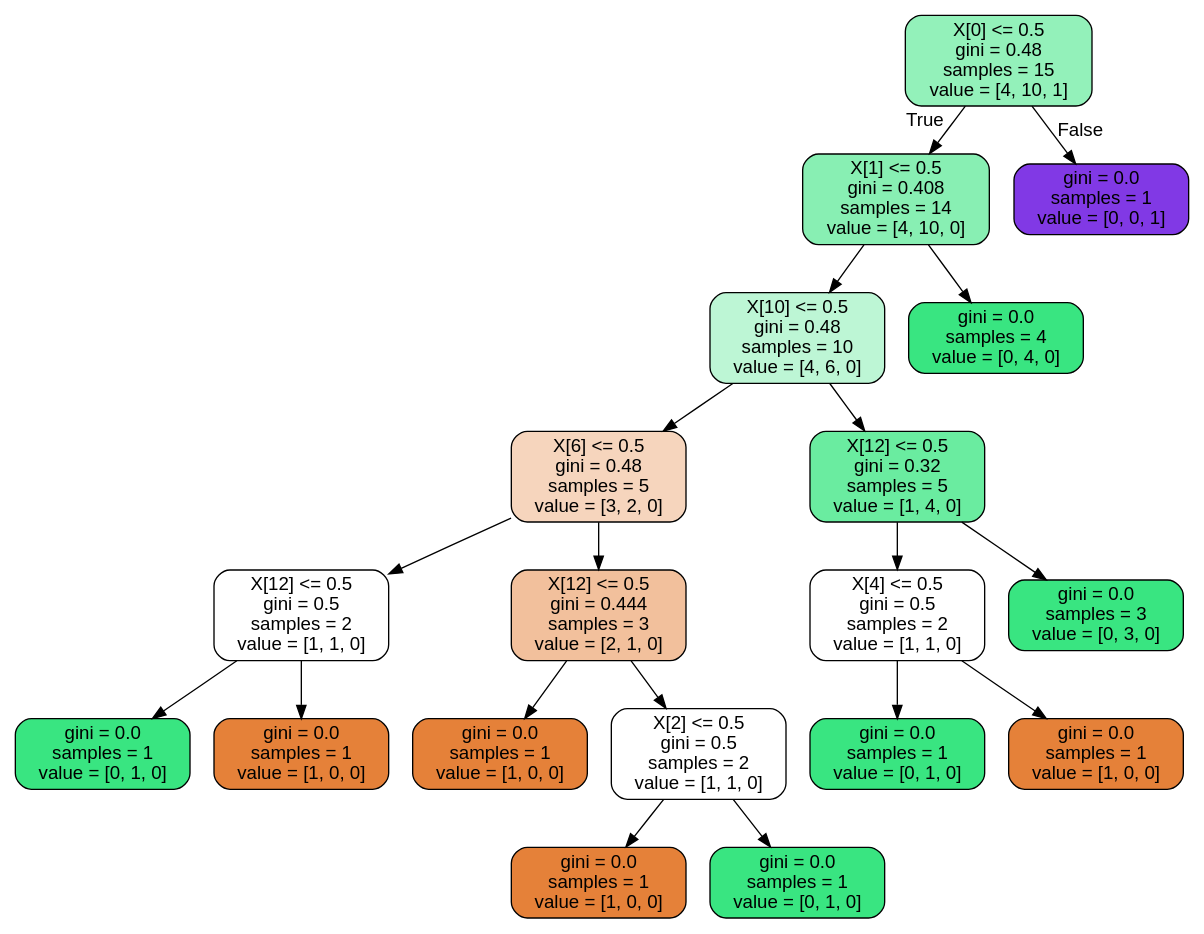
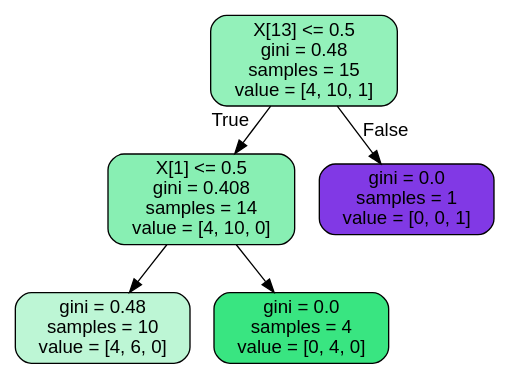
One commit to CompPhysics/MachineLearning changed the diagram in doc/pub/week44/ipynb/Datafiles/ride.dot. Above: the diagram before and after it, drawn with Graphviz. The commit also changed 74 other files, not shown here.

```diff
--- a/doc/pub/week44/ipynb/Datafiles/ride.dot
+++ b/doc/pub/week44/ipynb/Datafiles/ride.dot
@@ -1,41 +1,13 @@
 digraph Tree {
 node [shape=box, style="filled, rounded", color="black", fontname="helvetica"] ;
 edge [fontname="helvetica"] ;
-0 [label="X[0] <= 0.5\ngini = 0.48\nsamples = 15\nvalue = [4, 10, 1]", fillcolor="#93f1ba"] ;
+0 [label="X[13] <= 0.5\ngini = 0.48\nsamples = 15\nvalue = [4, 10, 1]", fillcolor="#93f1ba"] ;
 1 [label="X[1] <= 0.5\ngini = 0.408\nsamples = 14\nvalue = [4, 10, 0]", fillcolor="#88efb3"] ;
 0 -> 1 [labeldistance=2.5, labelangle=45, headlabel="True"] ;
-2 [label="X[10] <= 0.5\ngini = 0.48\nsamples = 10\nvalue = [4, 6, 0]", fillcolor="#bdf6d5"] ;
+2 [label="gini = 0.48\nsamples = 10\nvalue = [4, 6, 0]", fillcolor="#bdf6d5"] ;
 1 -> 2 ;
-3 [label="X[6] <= 0.5\ngini = 0.48\nsamples = 5\nvalue = [3, 2, 0]", fillcolor="#f6d5bd"] ;
-2 -> 3 ;
-4 [label="X[12] <= 0.5\ngini = 0.5\nsamples = 2\nvalue = [1, 1, 0]", fillcolor="#ffffff"] ;
-3 -> 4 ;
-5 [label="gini = 0.0\nsamples = 1\nvalue = [0, 1, 0]", fillcolor="#39e581"] ;
-4 -> 5 ;
-6 [label="gini = 0.0\nsamples = 1\nvalue = [1, 0, 0]", fillcolor="#e58139"] ;
-4 -> 6 ;
-7 [label="X[12] <= 0.5\ngini = 0.444\nsamples = 3\nvalue = [2, 1, 0]", fillcolor="#f2c09c"] ;
-3 -> 7 ;
-8 [label="gini = 0.0\nsamples = 1\nvalue = [1, 0, 0]", fillcolor="#e58139"] ;
-7 -> 8 ;
-9 [label="X[2] <= 0.5\ngini = 0.5\nsamples = 2\nvalue = [1, 1, 0]", fillcolor="#ffffff"] ;
-7 -> 9 ;
-10 [label="gini = 0.0\nsamples = 1\nvalue = [1, 0, 0]", fillcolor="#e58139"] ;
-9 -> 10 ;
-11 [label="gini = 0.0\nsamples = 1\nvalue = [0, 1, 0]", fillcolor="#39e581"] ;
-9 -> 11 ;
-12 [label="X[12] <= 0.5\ngini = 0.32\nsamples = 5\nvalue = [1, 4, 0]", fillcolor="#6aeca0"] ;
-2 -> 12 ;
-13 [label="X[4] <= 0.5\ngini = 0.5\nsamples = 2\nvalue = [1, 1, 0]", fillcolor="#ffffff"] ;
-12 -> 13 ;
-14 [label="gini = 0.0\nsamples = 1\nvalue = [0, 1, 0]", fillcolor="#39e581"] ;
-13 -> 14 ;
-15 [label="gini = 0.0\nsamples = 1\nvalue = [1, 0, 0]", fillcolor="#e58139"] ;
-13 -> 15 ;
-16 [label="gini = 0.0\nsamples = 3\nvalue = [0, 3, 0]", fillcolor="#39e581"] ;
-12 -> 16 ;
-17 [label="gini = 0.0\nsamples = 4\nvalue = [0, 4, 0]", fillcolor="#39e581"] ;
-1 -> 17 ;
-18 [label="gini = 0.0\nsamples = 1\nvalue = [0, 0, 1]", fillcolor="#8139e5"] ;
-0 -> 18 [labeldistance=2.5, labelangle=-45, headlabel="False"] ;
+3 [label="gini = 0.0\nsamples = 4\nvalue = [0, 4, 0]", fillcolor="#39e581"] ;
+1 -> 3 ;
+4 [label="gini = 0.0\nsamples = 1\nvalue = [0, 0, 1]", fillcolor="#8139e5"] ;
+0 -> 4 [labeldistance=2.5, labelangle=-45, headlabel="False"] ;
 }
```
